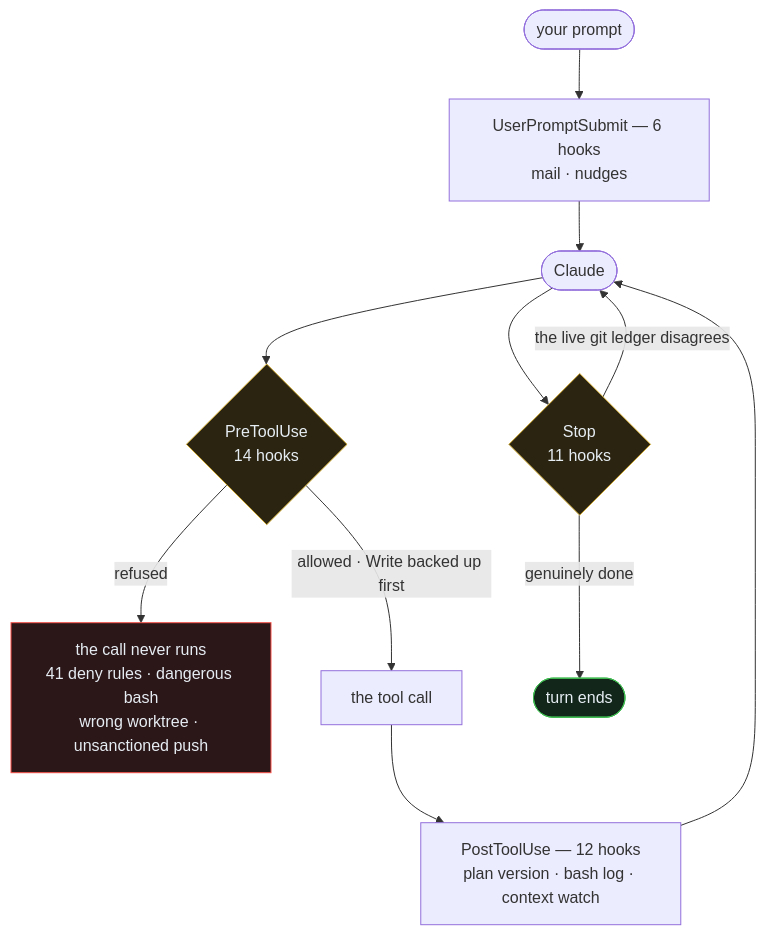
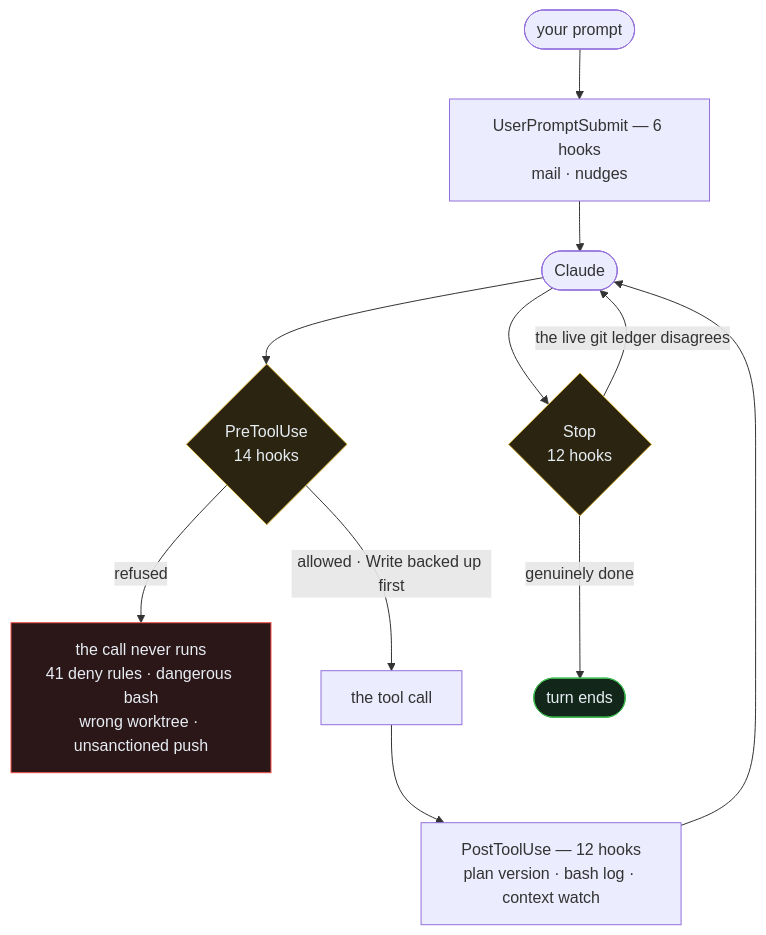
One commit to renchris/claude-infrastructure changed the fourth of 7 diagrams in README.md. Above: the diagram before and after it, drawn with Mermaid. The commit also changed other lines of this file and 3 other files, not shown here.

````diff
--- a/README.md
+++ b/README.md
@@ -281,19 +281,19 @@
 ```mermaid
 flowchart TB
     P(["your prompt"]) --> UPS["UserPromptSubmit — 6 hooks<br/>mail · nudges"]
     UPS --> M(["Claude"])
     M --> Pre{"PreToolUse<br/>14 hooks"}
     Pre -->|"refused"| No["the call never runs<br/>41 deny rules · dangerous bash<br/>wrong worktree · unsanctioned push"]
     Pre -->|"allowed · Write backed up first"| Tool["the tool call"]
     Tool --> Post["PostToolUse — 12 hooks<br/>plan version · bash log · context watch"]
     Post --> M
-    M --> Stop{"Stop<br/>11 hooks"}
+    M --> Stop{"Stop<br/>12 hooks"}
     Stop -->|"the live git ledger disagrees"| M
     Stop -->|"genuinely done"| End(["turn ends"])
     classDef gate fill:#2b2410,stroke:#d4af37,color:#e6edf3
     classDef no fill:#2b1618,stroke:#f85149,color:#e6edf3
     classDef ok fill:#12261a,stroke:#3fb950,color:#e6edf3
     class Pre,Stop gate
     class No no
     class End ok
 ```
````
